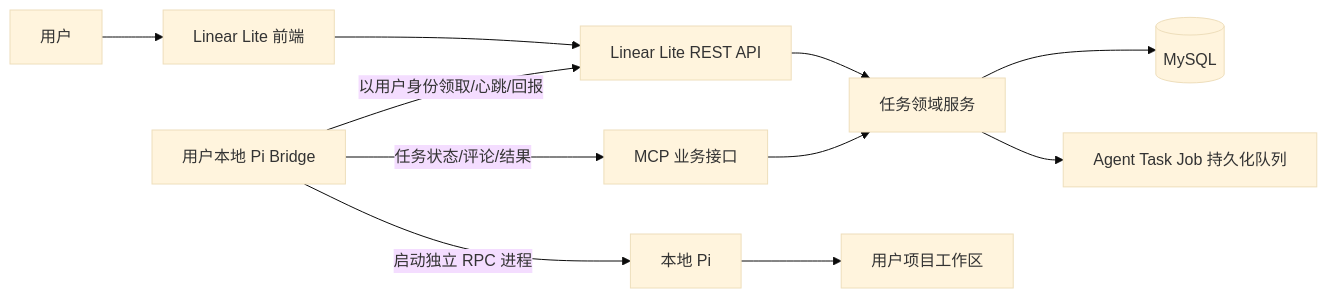
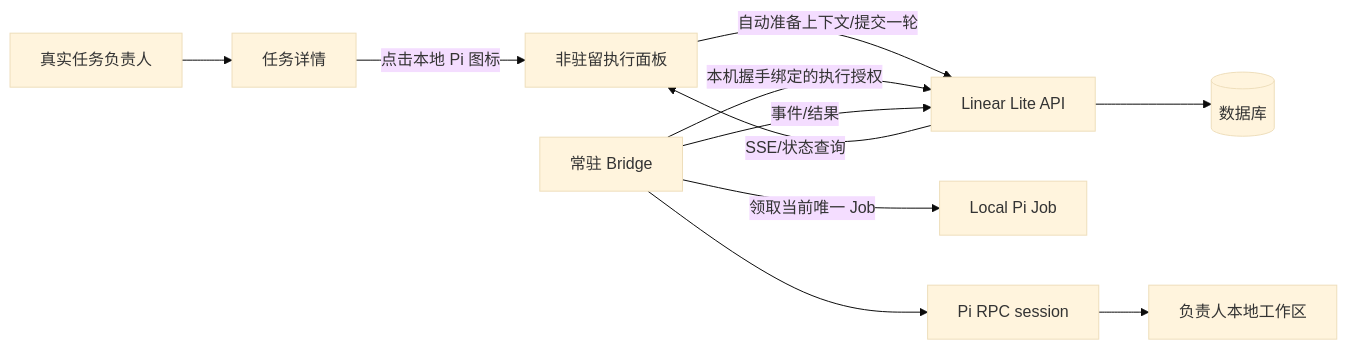
One commit to hzwjs/linear-lite changed the first of 2 diagrams in docs/linear-lite-pi-integration-plan.md. Above: the diagram before and after it, drawn with Mermaid (base theme). The commit also changed other lines of this file and 50 other files, not shown here.

````diff
--- a/docs/linear-lite-pi-integration-plan.md
+++ b/docs/linear-lite-pi-integration-plan.md
@@ -21,13 +52,13 @@
 ```mermaid
 flowchart LR
-    U[用户] --> F[Linear Lite 前端]
-    F --> A[Linear Lite REST API]
-    A --> T[任务领域服务]
-    T --> DB[(MySQL)]
-    T --> Q[Agent Task Job 持久化队列]
-    B[用户本地 Pi Bridge] -->|以用户身份领取/心跳/回报| A
-    B -->|启动独立 RPC 进程| P[本地 Pi]
-    P --> W[用户项目工作区]
-    B -->|任务状态/评论/结果| M[MCP 业务接口]
-    M --> T
+    U[真实任务负责人] --> F[任务详情]
+    F -->|点击本地 Pi 图标| P[非驻留执行面板]
+    P -->|自动准备上下文/提交一轮| A[Linear Lite API]
+    A --> D[(数据库)]
+    B[常驻 Bridge] -->|本机握手绑定的执行授权| A
+    B -->|领取当前唯一 Job| J[Local Pi Job]
+    B --> R[Pi RPC session]
+    R --> W[负责人本地工作区]
+    B -->|事件/结果| A
+    A -->|SSE/状态查询| P
 ```
````
